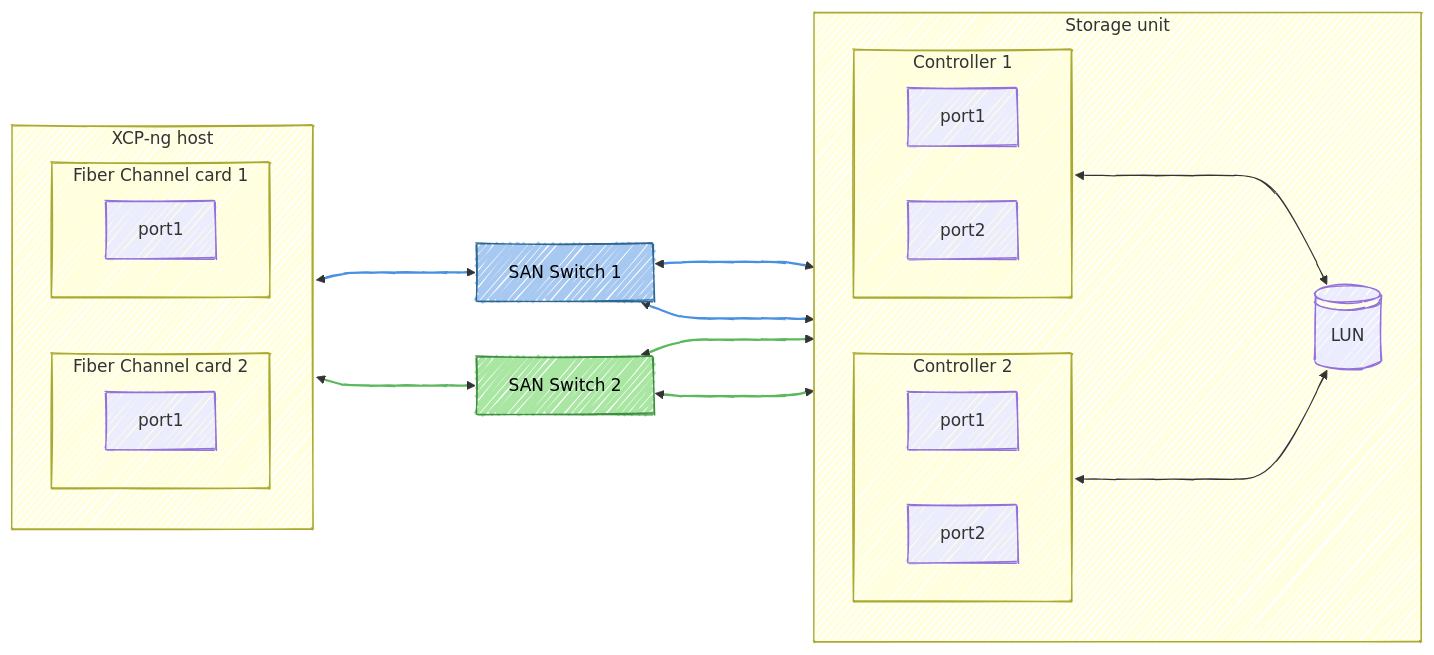
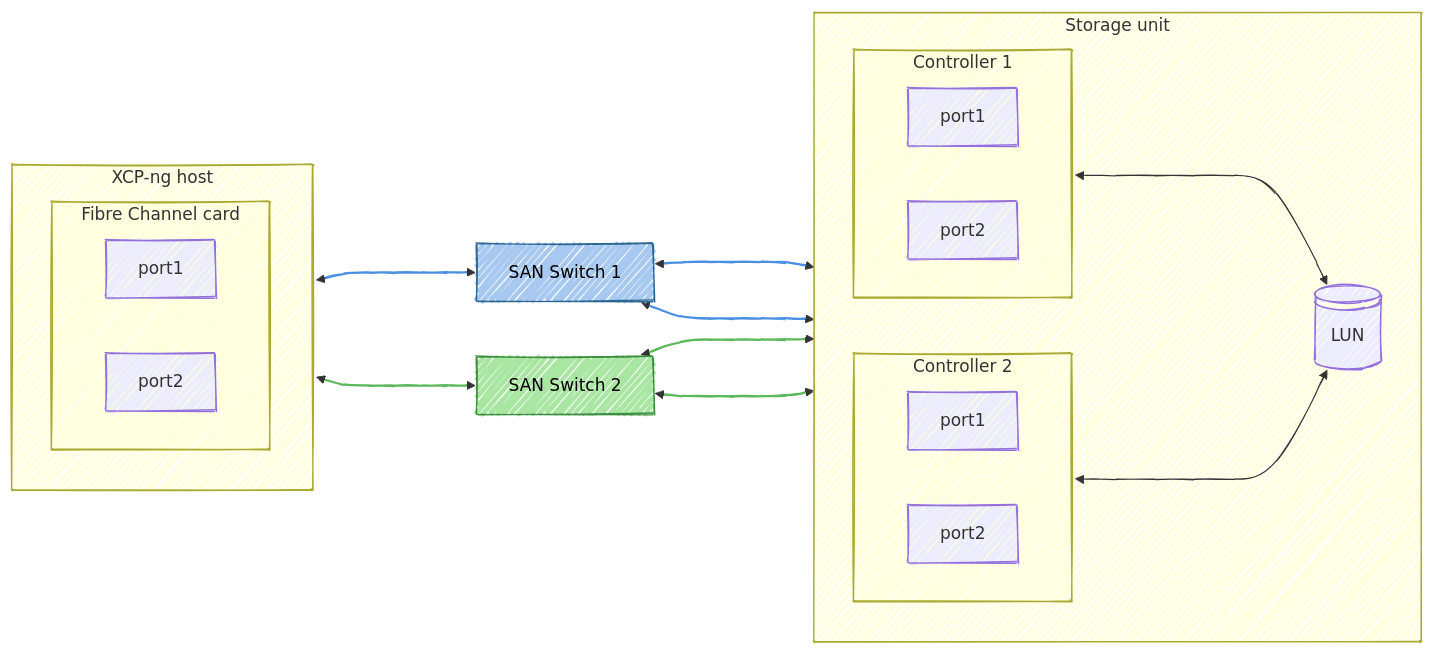
The second of 2 diagrams in docs/storage/multipathing.md (xcp-ng/xcp-ng-org), drawn with Mermaid before and after one commit. The commit also changed other lines of this file, not shown here.

````diff
--- a/docs/storage/multipathing.md
+++ b/docs/storage/multipathing.md
@@ -176,60 +202,57 @@
 ```mermaid
 ---
 config:
   look: handDrawn
   theme: default
 ---
 flowchart LR
   classDef blueNode fill:#A7C8F0,stroke:#2C6693,color:#000000;
   classDef greenNode fill:#A8E6A2,stroke:#3E8E41,color:#000000;
   classDef grayNode fill:#D6D6D6,stroke:#8C8C8C,color:#000000;
 
   subgraph server[XCP-ng host]
     direction LR
-    subgraph Card2[Fiber Channel card 2]
-        direction RL
-        card2port1[port1]
-    end
-    subgraph Card1[Fiber Channel card 1]
+    subgraph Card1[Fibre Channel card]
         direction RL
         card1port1[port1]
+        card1port2[port2]
     end
   end
 
   subgraph storage[Storage unit]
   direction LR
     subgraph ctrl2[Controller 2]
         direction RL
         ctrl2-port1[port1]
         ctrl2-port2[port2]
     end
     subgraph ctrl1[Controller 1]
         direction RL
         ctrl1-port1[port1]
         ctrl1-port2[port2]
     end
     lun1@{ shape: lin-cyl, label: "LUN" }
 
   end
 
   vlan421[SAN Switch 1]:::blueNode
   vlan422[SAN Switch 2]:::greenNode
 
   card1port1<---->vlan421
   vlan421<---->ctrl1-port1
   vlan421<---->ctrl2-port1
 
-  card2port1<---->vlan422
+  card1port2<---->vlan422
   vlan422<---->ctrl1-port2
   vlan422<---->ctrl2-port2
 
   ctrl1 <----> lun1
   ctrl2 <----> lun1
 
 linkStyle 0 stroke:#4A90E2,stroke-width:2px;
 linkStyle 1 stroke:#4A90E2,stroke-width:2px;
 linkStyle 2 stroke:#4A90E2,stroke-width:2px;
 linkStyle 3 stroke:#5CB85C,stroke-width:2px;
 linkStyle 4 stroke:#5CB85C,stroke-width:2px;
 linkStyle 5 stroke:#5CB85C,stroke-width:2px;
 ```
````
